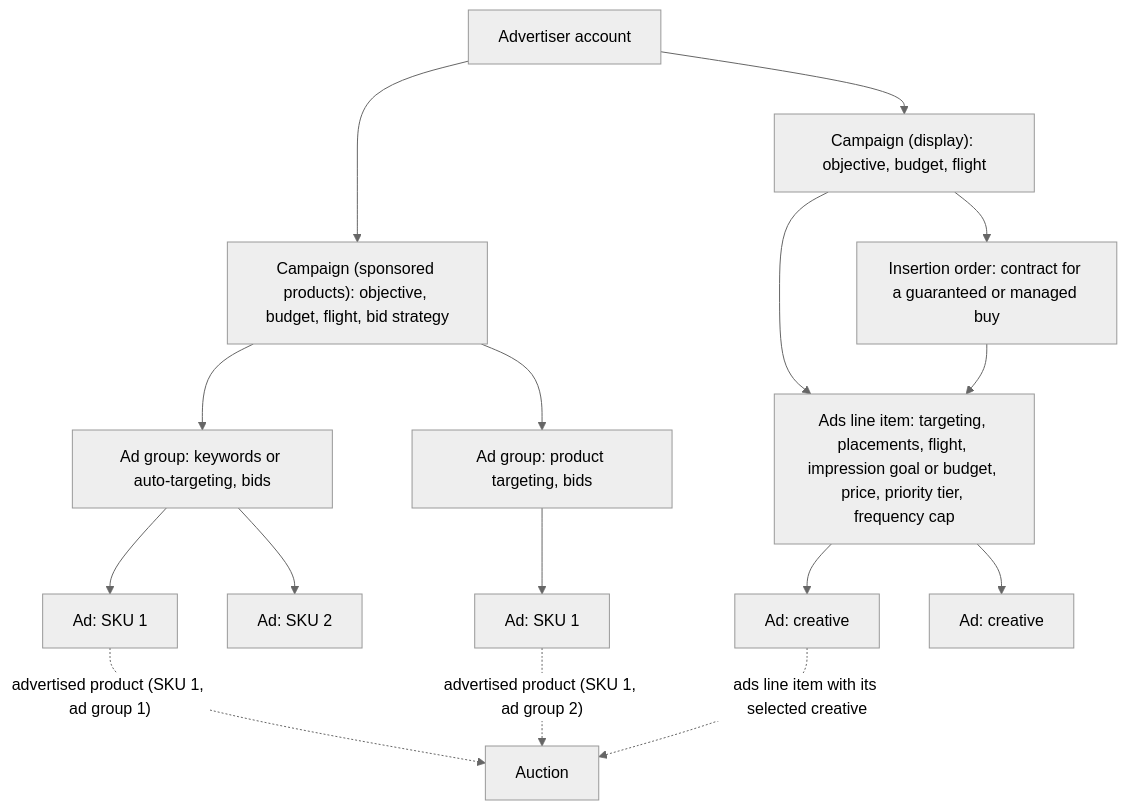
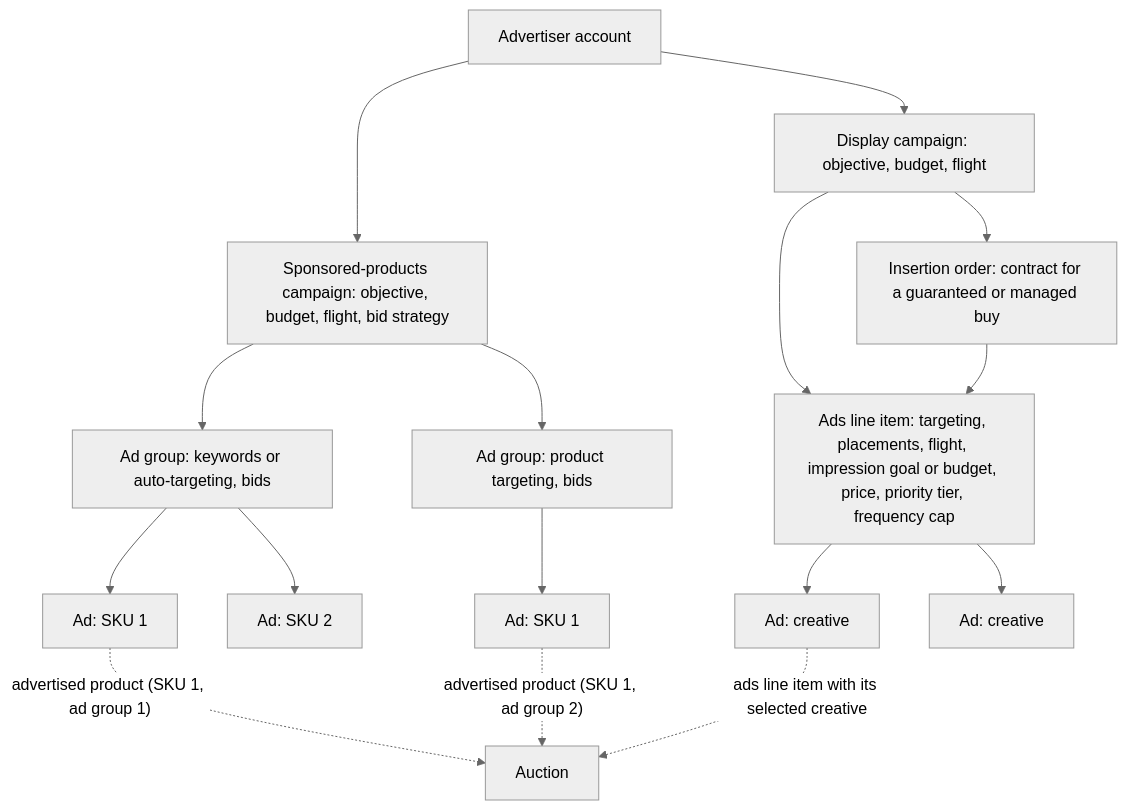
Before and after one commit to thunderbird2009/book_rmn: the first of 4 diagrams in content/ch02_rmn_domain_and_system_map.md, drawn with Mermaid (neutral theme). The commit also changed other lines of this file and 8 other files, not shown here.

````diff
--- a/content/ch02_rmn_domain_and_system_map.md
+++ b/content/ch02_rmn_domain_and_system_map.md
@@ -69,18 +103,18 @@
 ```mermaid
 flowchart TB
-  ADV["Advertiser account"] --> C1["Campaign (sponsored products): objective, budget, flight, bid strategy"]
-  ADV --> C2["Campaign (display): objective, budget, flight"]
+  ADV["Advertiser account"] --> C1["Sponsored-products campaign: objective, budget, flight, bid strategy"]
+  ADV --> C2["Display campaign: objective, budget, flight"]
   C1 --> AG1["Ad group: keywords or auto-targeting, bids"]
   C1 --> AG2["Ad group: product targeting, bids"]
   AG1 --> A1["Ad: SKU 1"]
   AG1 --> A2["Ad: SKU 2"]
   AG2 --> A3["Ad: SKU 1"]
   C2 --> LI["Ads line item: targeting, placements, flight, impression goal or budget, price, priority tier, frequency cap"]
   C2 --> IO["Insertion order: contract for a guaranteed or managed buy"]
   IO --> LI
   LI --> CR1["Ad: creative"]
   LI --> CR2["Ad: creative"]
   A1 -.->|"advertised product (SKU 1, ad group 1)"| AU["Auction"]
   A3 -.->|"advertised product (SKU 1, ad group 2)"| AU
   CR1 -.->|"ads line item with its selected creative"| AU
 ```
````
